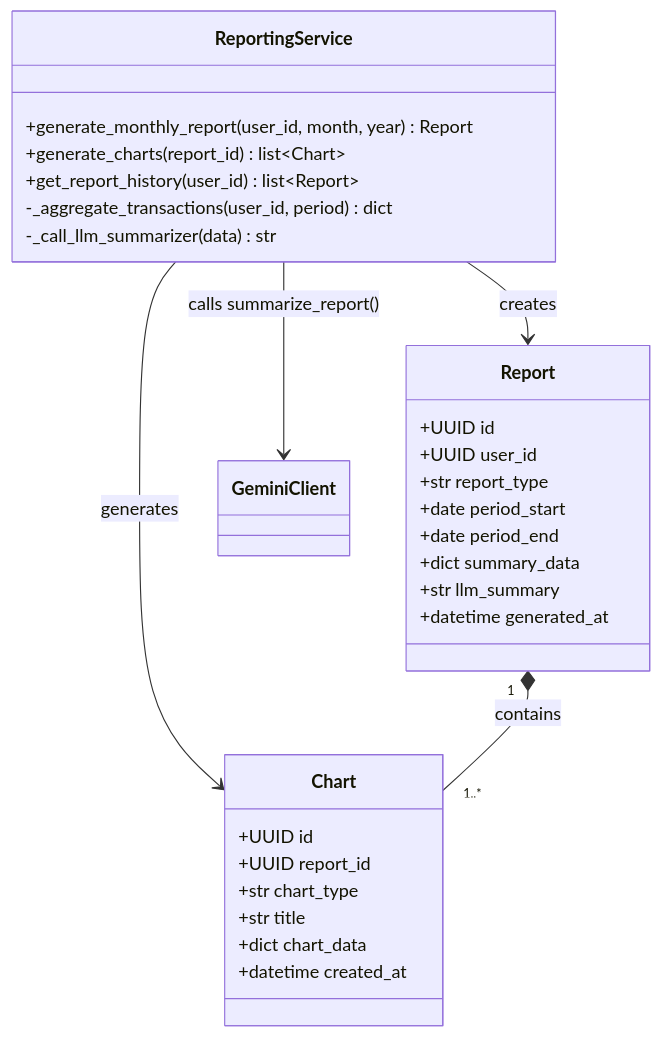
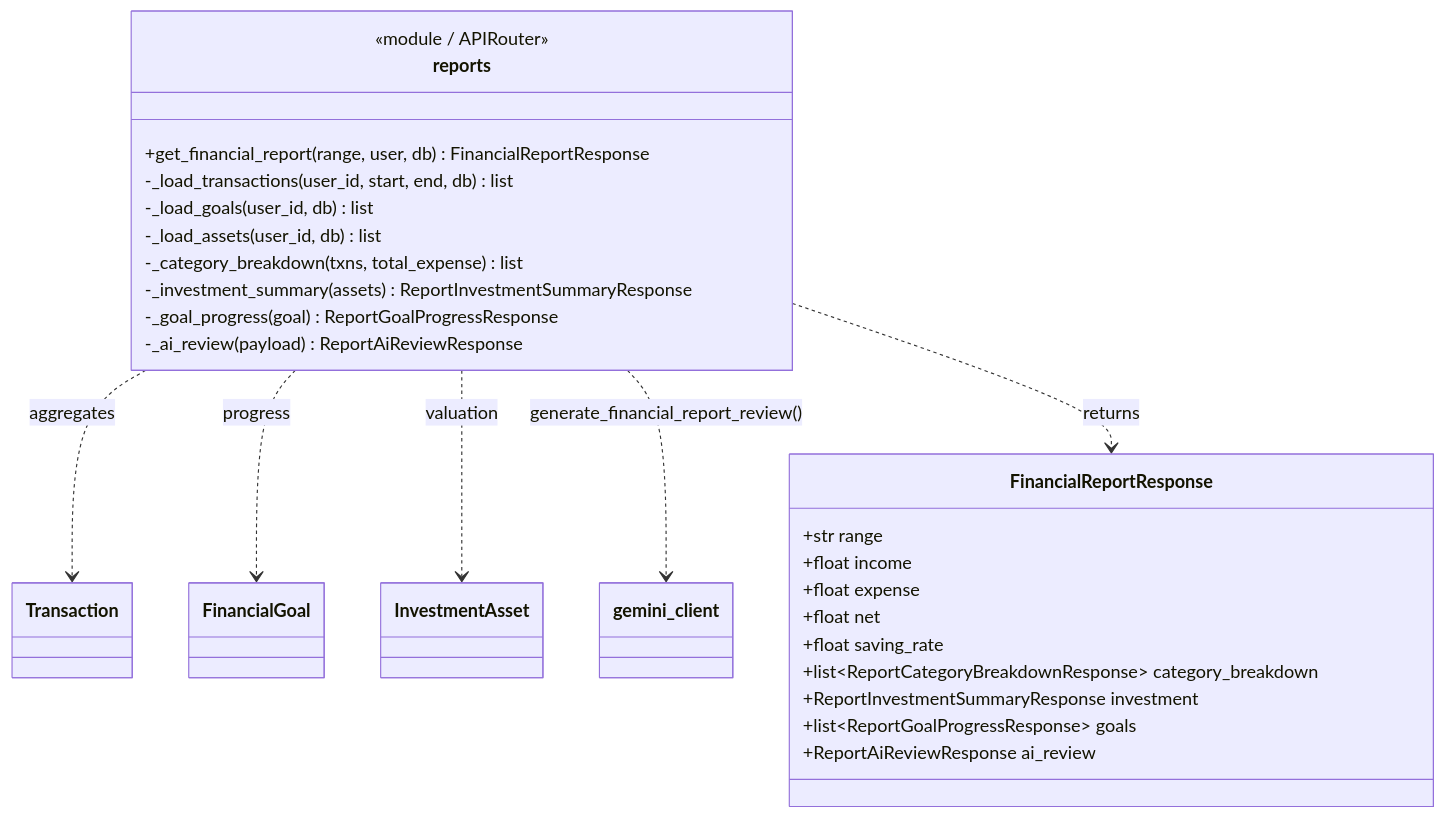
Diagram 12 of 14 in docs/SAD.md (quanpro147/Spend-Sense-AI), drawn with Mermaid before and after one commit. The commit also changed other lines of this file, not shown here.

````diff
--- a/docs/SAD.md
+++ b/docs/SAD.md
@@ -812,35 +931,32 @@
 ```mermaid
 classDiagram
-    class Report {
-        +UUID id
-        +UUID user_id
-        +str report_type
-        +date period_start
-        +date period_end
-        +dict summary_data
-        +str llm_summary
-        +datetime generated_at
+    class reports {
+        <<module / APIRouter>>
+        +get_financial_report(range, user, db) FinancialReportResponse
+        -_load_transactions(user_id, start, end, db) list
+        -_load_goals(user_id, db) list
+        -_load_assets(user_id, db) list
+        -_category_breakdown(txns, total_expense) list
+        -_investment_summary(assets) ReportInvestmentSummaryResponse
+        -_goal_progress(goal) ReportGoalProgressResponse
+        -_ai_review(payload) ReportAiReviewResponse
     }
 
-    class Chart {
-        +UUID id
-        +UUID report_id
-        +str chart_type
-        +str title
-        +dict chart_data
-        +datetime created_at
+    class FinancialReportResponse {
+        +str range
+        +float income
+        +float expense
+        +float net
+        +float saving_rate
+        +list~ReportCategoryBreakdownResponse~ category_breakdown
+        +ReportInvestmentSummaryResponse investment
+        +list~ReportGoalProgressResponse~ goals
+        +ReportAiReviewResponse ai_review
     }
 
-    class ReportingService {
-        +generate_monthly_report(user_id, month, year) Report
-        +generate_charts(report_id) list~Chart~
-        +get_report_history(user_id) list~Report~
-        -_aggregate_transactions(user_id, period) dict
-        -_call_llm_summarizer(data) str
-    }
-
-    ReportingService --> Report : creates
-    ReportingService --> Chart : generates
-    ReportingService --> GeminiClient : calls summarize_report()
-    Report "1" *-- "1..*" Chart : contains
+    reports ..> Transaction : aggregates
+    reports ..> FinancialGoal : progress
+    reports ..> InvestmentAsset : valuation
+    reports ..> gemini_client : generate_financial_report_review()
+    reports ..> FinancialReportResponse : returns
 ```
````
